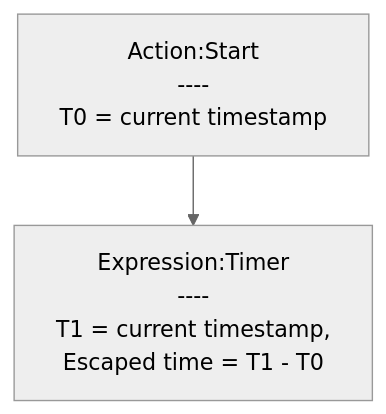
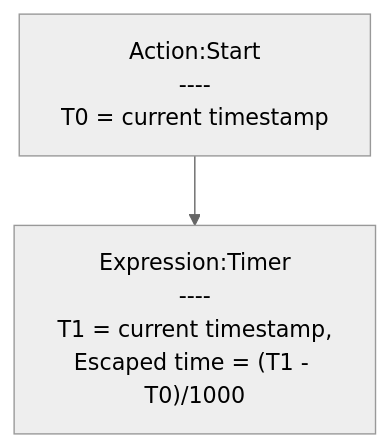
Before and after one commit to rexrainbow/C2RexDoc: the second of 2 diagrams in plugins.md/rex_date.md, drawn with Mermaid (neutral theme). The commit also changed other lines of this file and 1 other file, not shown here.

````diff
--- a/plugins.md/rex_date.md
+++ b/plugins.md/rex_date.md
@@ -72,5 +78,5 @@
 ```mermaid
 graph TB
 
-Start["Action:Start<br>----<br>T0 = current timestamp"] --> ExpEscapedTime["Expression:Timer<br>----<br>T1 = current timestamp,<br>Escaped time = T1 - T0"]
+Start["Action:Start<br>----<br>T0 = current timestamp"] --> ExpEscapedTime["Expression:Timer<br>----<br>T1 = current timestamp,<br>Escaped time = (T1 - T0)/1000"]
 ```
````
